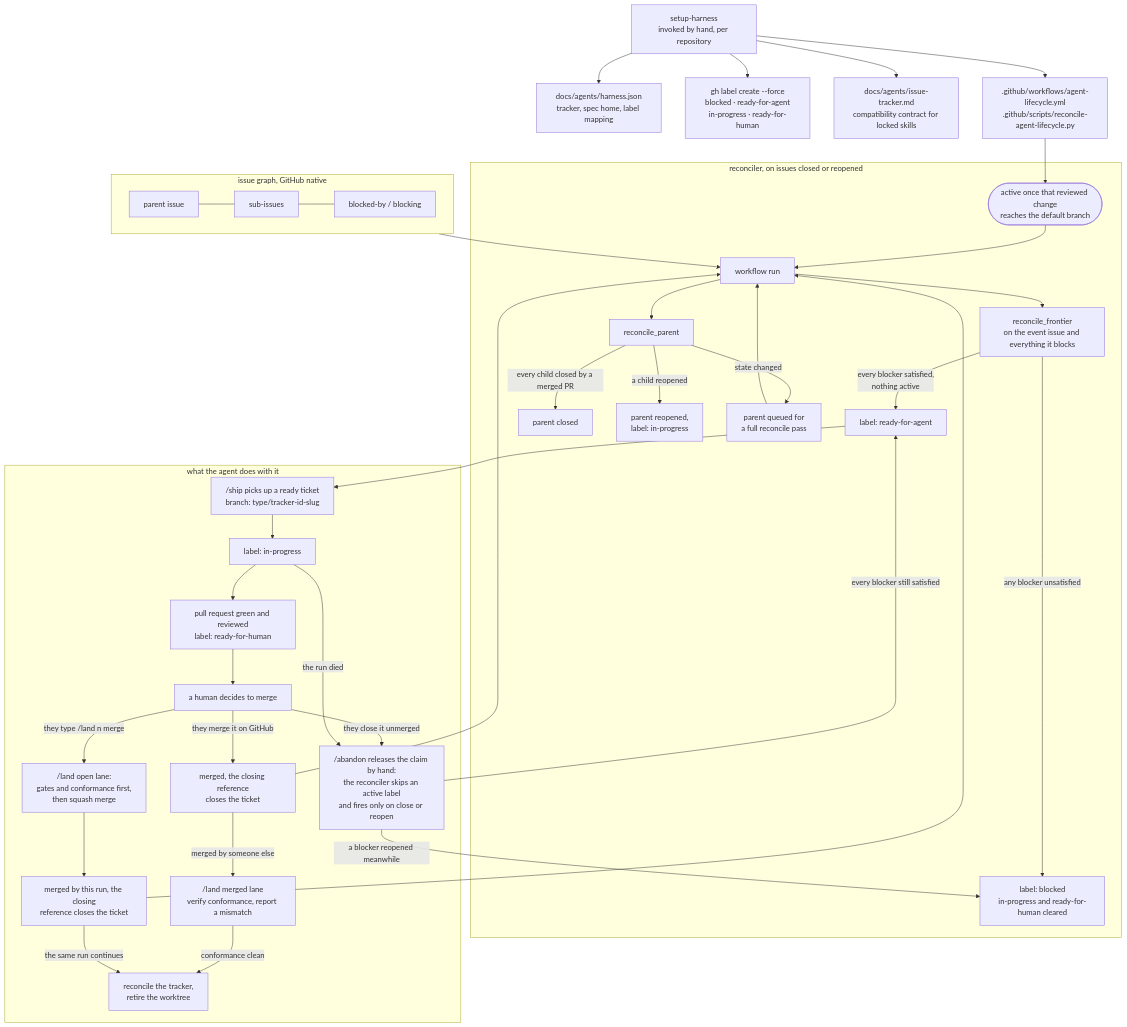
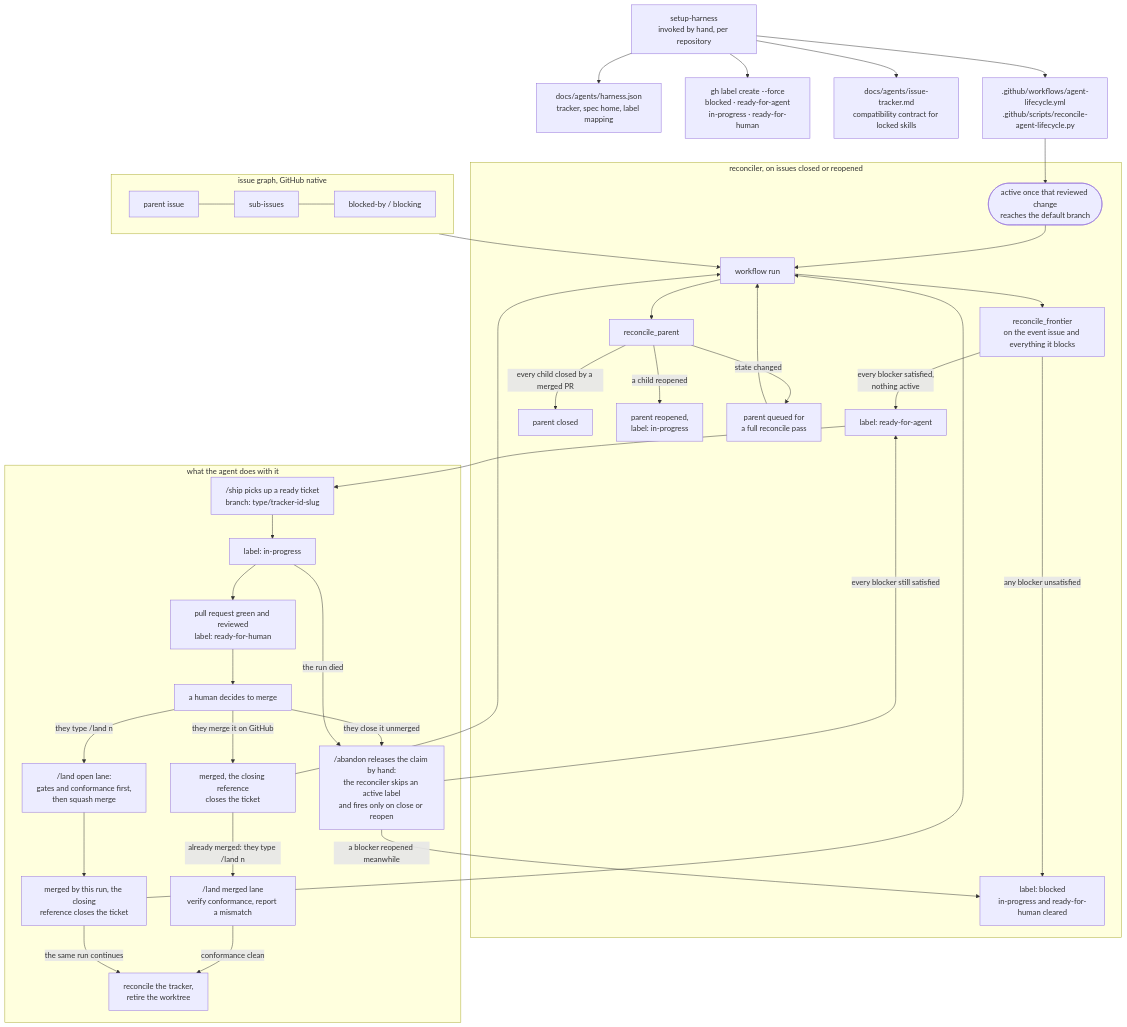
One commit to jvillegasd/harness changed the second of 2 diagrams in harness/README.md. Above: the diagram before and after it, drawn with Mermaid. The commit also changed other lines of this file and 3 other files, not shown here.

First line of the commit message:
docs(land): use invocation as merge approval

````diff
--- a/harness/README.md
+++ b/harness/README.md
@@ -282,46 +282,46 @@
 ```mermaid
 flowchart TD
     setup["setup-harness<br>invoked by hand, per repository"] --> config["docs/agents/harness.json<br>tracker, spec home, label mapping"]
     setup --> labels["gh label create --force<br>blocked · ready-for-agent<br>in-progress · ready-for-human"]
     setup --> trackerdoc["docs/agents/issue-tracker.md<br>compatibility contract for locked skills"]
     setup --> files[".github/workflows/agent-lifecycle.yml<br>.github/scripts/reconcile-agent-lifecycle.py"]
     files --> active(["active once that reviewed change<br>reaches the default branch"])
 
     subgraph GRAPH["issue graph, GitHub native"]
         parent["parent issue"] --- children["sub-issues"]
         children --- deps["blocked-by / blocking"]
     end
 
     subgraph RUN["reconciler, on issues closed or reopened"]
         active --> trigger["workflow run"]
         trigger --> frontier["reconcile_frontier<br>on the event issue and everything it blocks"]
         frontier -->|any blocker unsatisfied| blocked["label: blocked<br>in-progress and ready-for-human cleared"]
         frontier -->|every blocker satisfied,<br>nothing active| ready["label: ready-for-agent"]
         trigger --> parentstate["reconcile_parent"]
         parentstate -->|every child closed by a merged PR| closeparent["parent closed"]
         parentstate -->|a child reopened| reopenparent["parent reopened,<br>label: in-progress"]
         parentstate -->|state changed| parentqueue["parent queued for<br>a full reconcile pass"]
         parentqueue --> trigger
     end
 
     GRAPH --> trigger
 
     subgraph AGENT["what the agent does with it"]
         ready --> ship["/ship picks up a ready ticket<br>branch: type/tracker-id-slug"]
         ship --> inprogress["label: in-progress"]
         inprogress --> prready["pull request green and reviewed<br>label: ready-for-human"]
         prready --> humanmerge["a human decides to merge"]
         humanmerge -->|they merge it on GitHub| merged["merged, the closing reference<br>closes the ticket"]
-        humanmerge -->|they type /land n merge| landopen["/land open lane:<br>gates and conformance first,<br>then squash merge"]
+        humanmerge -->|they type /land n| landopen["/land open lane:<br>gates and conformance first,<br>then squash merge"]
         landopen --> mergedself["merged by this run, the closing<br>reference closes the ticket"]
         mergedself --> trigger
         merged --> trigger
-        merged -->|merged by someone else| landmerged["/land merged lane<br>verify conformance, report a mismatch"]
+        merged -->|already merged: they type /land n| landmerged["/land merged lane<br>verify conformance, report a mismatch"]
         landmerged -->|conformance clean| landtail["reconcile the tracker,<br>retire the worktree"]
         mergedself -->|the same run continues| landtail
         humanmerge -->|they close it unmerged| abandonlabel["/abandon releases the claim by hand:<br>the reconciler skips an active label<br>and fires only on close or reopen"]
         inprogress -->|the run died| abandonlabel
         abandonlabel -->|every blocker still satisfied| ready
         abandonlabel -->|a blocker reopened meanwhile| blocked
     end
 ```
````
